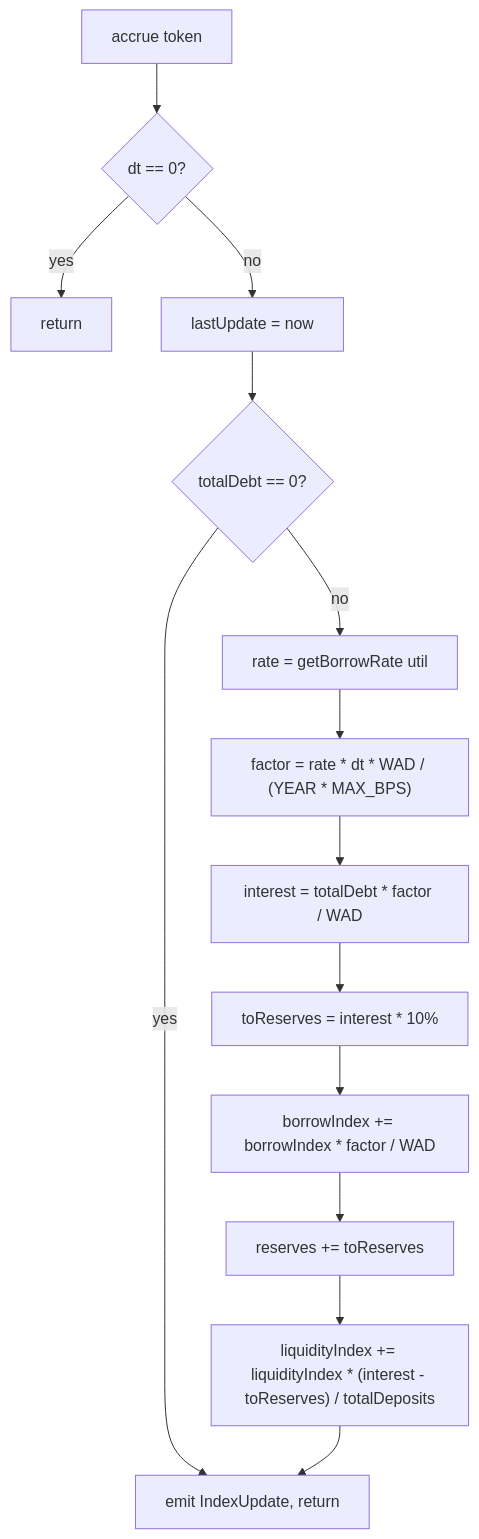
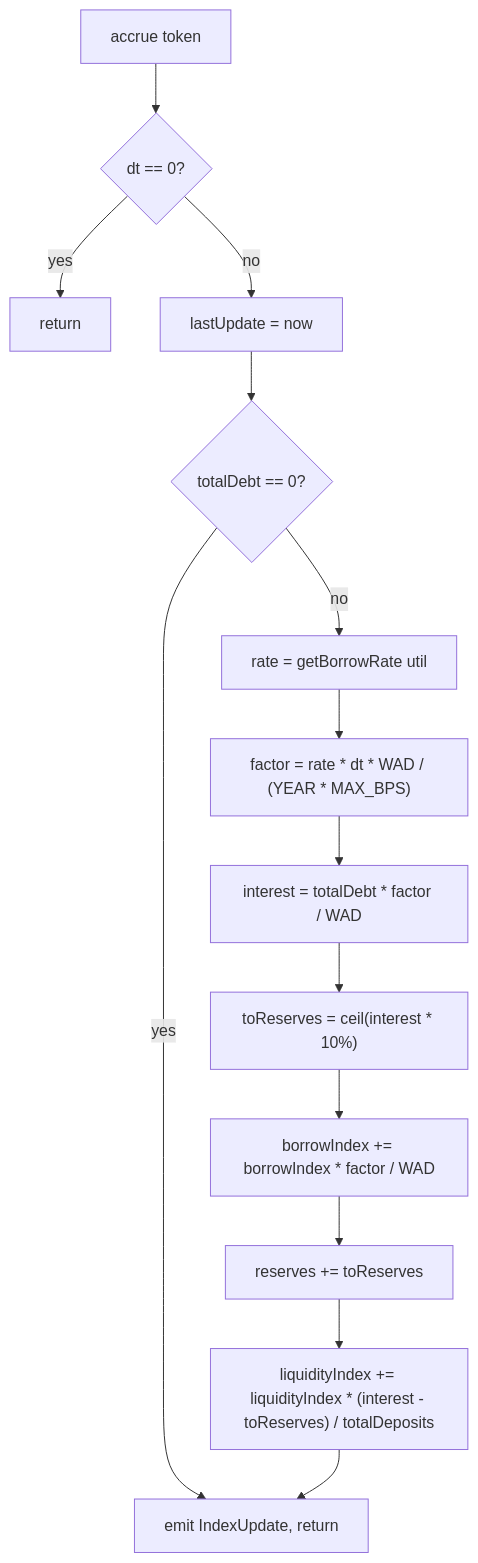
Before and after one commit to Soulrealz/Desultory_Lending: the diagram in docs/Protocol/Accounting.md, drawn with Mermaid. The commit also changed other lines of this file and 5 other files, not shown here.

````diff
--- a/docs/Protocol/Accounting.md
+++ b/docs/Protocol/Accounting.md
@@ -47,16 +47,16 @@
 ```mermaid
 flowchart TD
     A[accrue token] --> B{dt == 0?}
     B -->|yes| Z[return]
     B -->|no| C[lastUpdate = now]
     C --> D{totalDebt == 0?}
     D -->|yes| Y[emit IndexUpdate, return]
     D -->|no| E[rate = getBorrowRate util]
     E --> F["factor = rate * dt * WAD / (YEAR * MAX_BPS)"]
     F --> G["interest = totalDebt * factor / WAD"]
-    G --> H["toReserves = interest * 10%"]
+    G --> H["toReserves = ceil(interest * 10%)"]
     H --> I["borrowIndex += borrowIndex * factor / WAD"]
     I --> J[reserves += toReserves]
     J --> K["liquidityIndex += liquidityIndex * (interest - toReserves) / totalDeposits"]
     K --> Y
 ```
````
